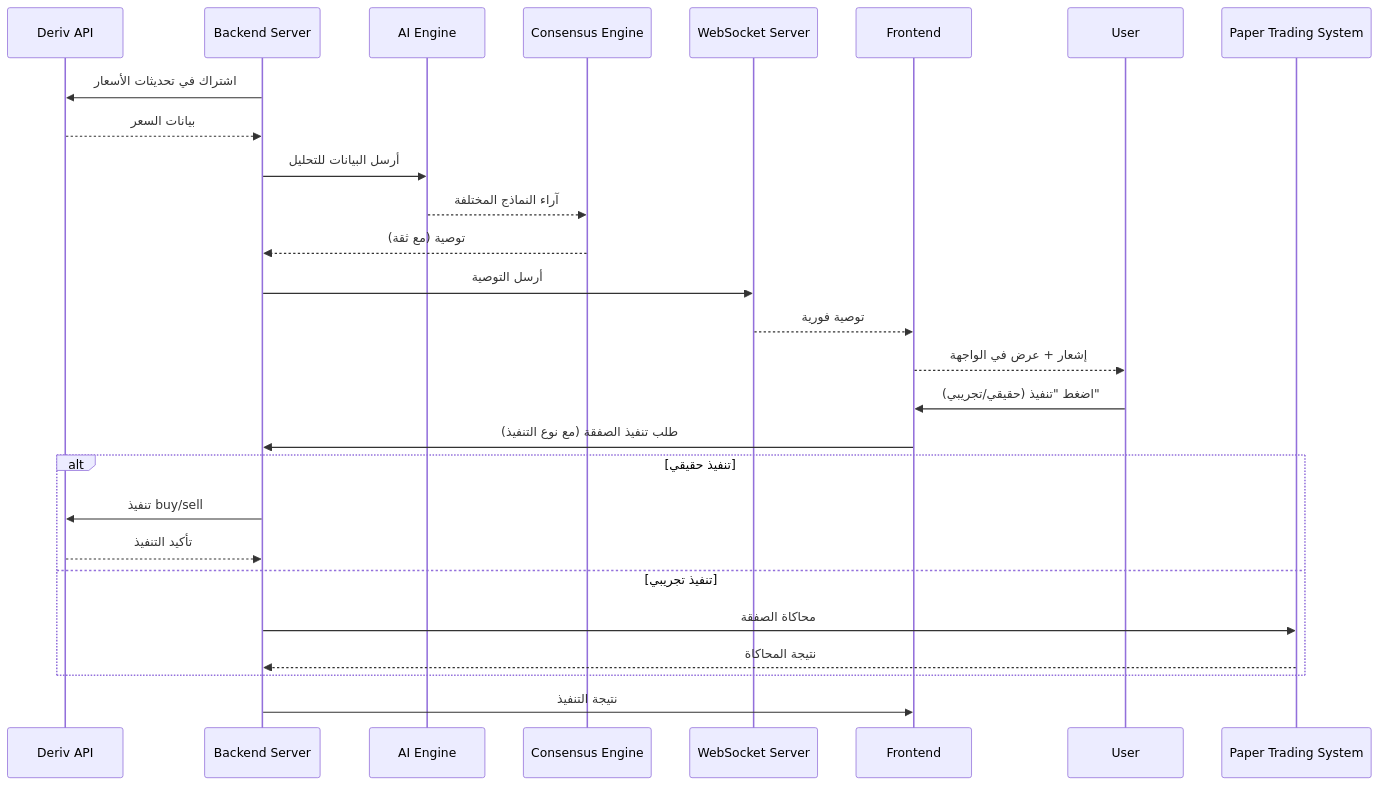
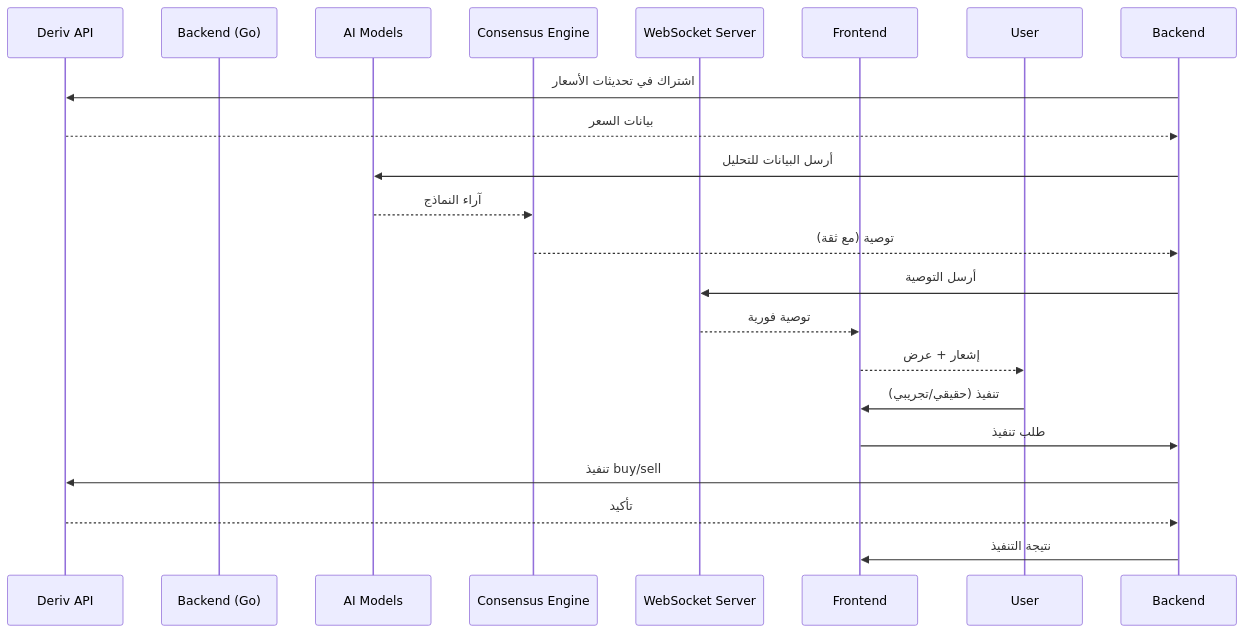
One commit to saud552/KhayaL-Al-Trade changed the third of 3 diagrams in README.md. Above: the diagram before and after it, drawn with Mermaid. The commit also changed other lines of this file, not shown here.

````diff
--- a/README.md
+++ b/README.md
@@ -726,31 +778,24 @@
 ```mermaid
 sequenceDiagram
     participant Deriv API
-    participant Backend Server
-    participant AI Engine
+    participant Backend (Go)
+    participant AI Models
     participant Consensus Engine
     participant WebSocket Server
     participant Frontend
     participant User
 
-    Backend Server->>Deriv API: اشتراك في تحديثات الأسعار
-    Deriv API-->>Backend Server: بيانات السعر
-    Backend Server->>AI Engine: أرسل البيانات للتحليل
-    AI Engine-->>Consensus Engine: آراء النماذج المختلفة
-    Consensus Engine-->>Backend Server: توصية (مع ثقة)
-    Backend Server->>WebSocket Server: أرسل التوصية
+    Backend->>Deriv API: اشتراك في تحديثات الأسعار
+    Deriv API-->>Backend: بيانات السعر
+    Backend->>AI Models: أرسل البيانات للتحليل
+    AI Models-->>Consensus Engine: آراء النماذج
+    Consensus Engine-->>Backend: توصية (مع ثقة)
+    Backend->>WebSocket Server: أرسل التوصية
     WebSocket Server-->>Frontend: توصية فورية
-    Frontend-->>User: إشعار + عرض في الواجهة
-    User->>Frontend: اضغط "تنفيذ (حقيقي/تجريبي)"
-    Frontend->>Backend Server: طلب تنفيذ الصفقة (مع نوع التنفيذ)
-    
-    alt تنفيذ حقيقي
-        Backend Server->>Deriv API: تنفيذ buy/sell
-        Deriv API-->>Backend Server: تأكيد التنفيذ
-    else تنفيذ تجريبي
-        Backend Server->>Paper Trading System: محاكاة الصفقة
-        Paper Trading System-->>Backend Server: نتيجة المحاكاة
-    end
-    
-    Backend Server->>Frontend: نتيجة التنفيذ
+    Frontend-->>User: إشعار + عرض
+    User->>Frontend: تنفيذ (حقيقي/تجريبي)
+    Frontend->>Backend: طلب تنفيذ
+    Backend->>Deriv API: تنفيذ buy/sell
+    Deriv API-->>Backend: تأكيد
+    Backend->>Frontend: نتيجة التنفيذ
 ```
````
